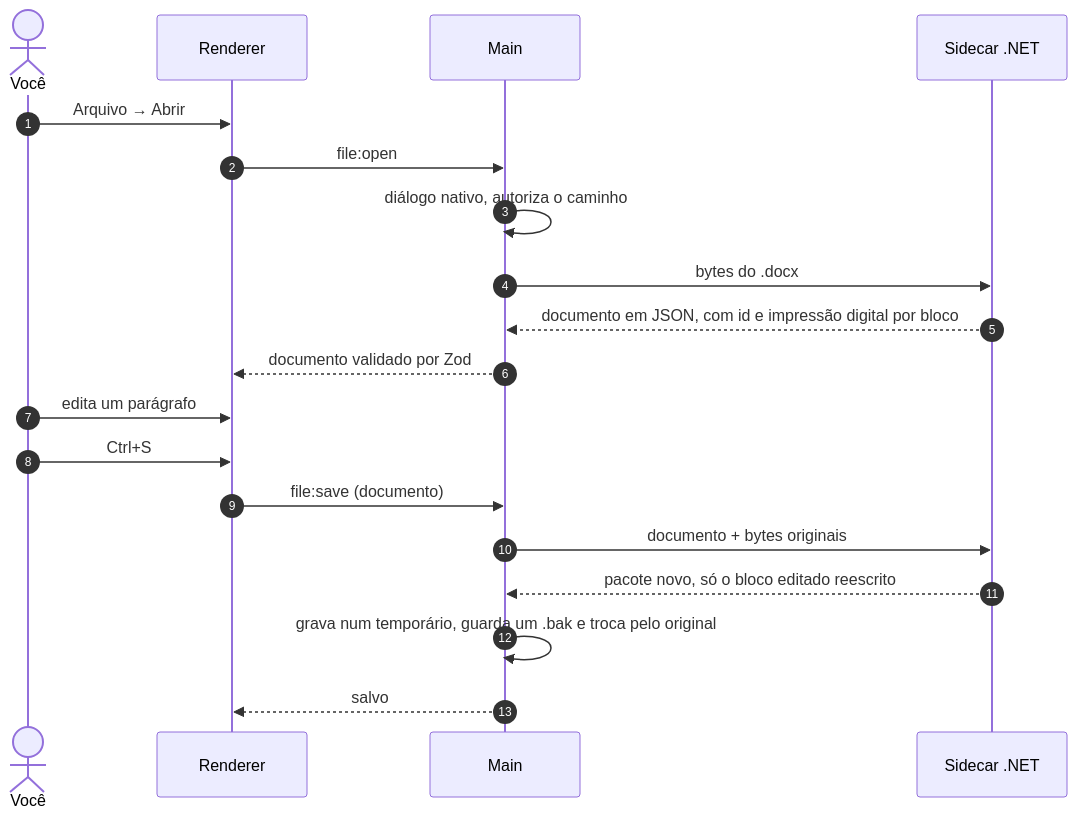
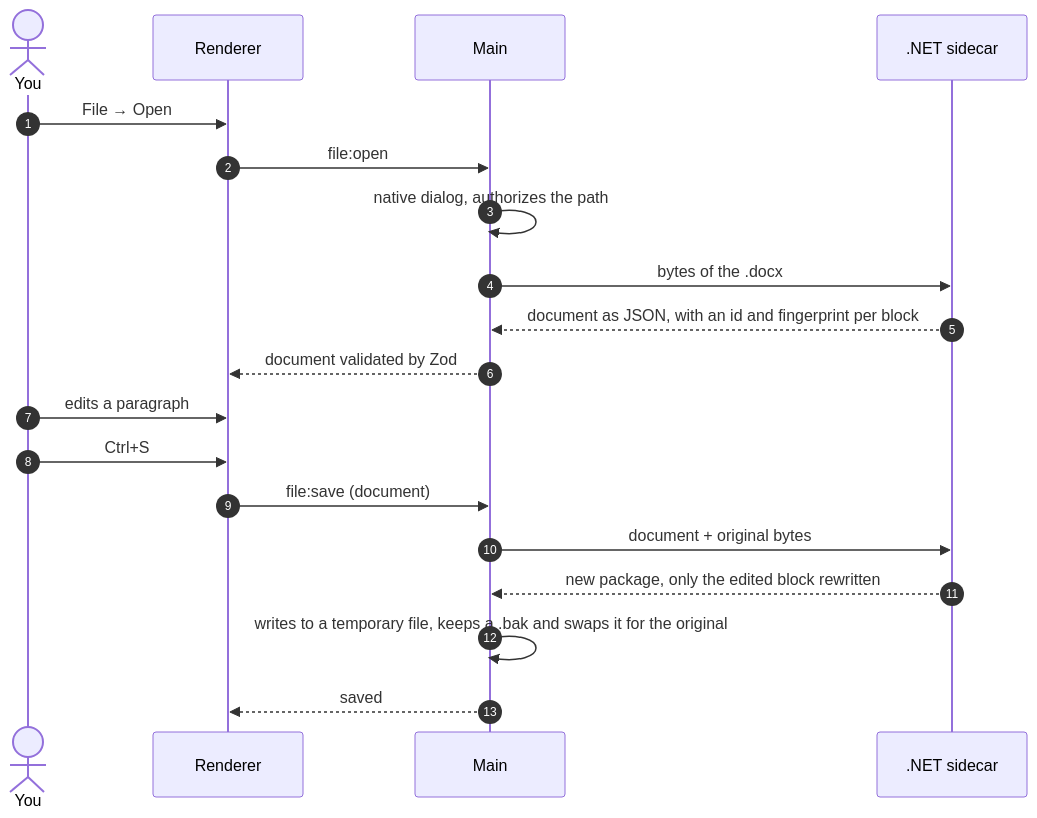
One commit to VStorch/LibreviaWorkspace changed the third of 5 diagrams in README.md. Above: the diagram before and after it, drawn with Mermaid. The commit also changed other lines of this file and 3 other files, not shown here.

````diff
--- a/README.md
+++ b/README.md
@@ -384,22 +389,22 @@
 ```mermaid
 sequenceDiagram
     autonumber
-    actor U as Você
+    actor U as You
     participant R as Renderer
     participant M as Main
-    participant S as Sidecar .NET
+    participant S as .NET sidecar
 
-    U->>R: Arquivo → Abrir
+    U->>R: File → Open
     R->>M: file:open
-    M->>M: diálogo nativo, autoriza o caminho
-    M->>S: bytes do .docx
-    S-->>M: documento em JSON, com id e impressão digital por bloco
-    M-->>R: documento validado por Zod
-    U->>R: edita um parágrafo
+    M->>M: native dialog, authorizes the path
+    M->>S: bytes of the .docx
+    S-->>M: document as JSON, with an id and fingerprint per block
+    M-->>R: document validated by Zod
+    U->>R: edits a paragraph
     U->>R: Ctrl+S
-    R->>M: file:save (documento)
-    M->>S: documento + bytes originais
-    S-->>M: pacote novo, só o bloco editado reescrito
-    M->>M: grava num temporário, guarda um .bak e troca pelo original
-    M-->>R: salvo
+    R->>M: file:save (document)
+    M->>S: document + original bytes
+    S-->>M: new package, only the edited block rewritten
+    M->>M: writes to a temporary file, keeps a .bak and swaps it for the original
+    M-->>R: saved
 ```
````
